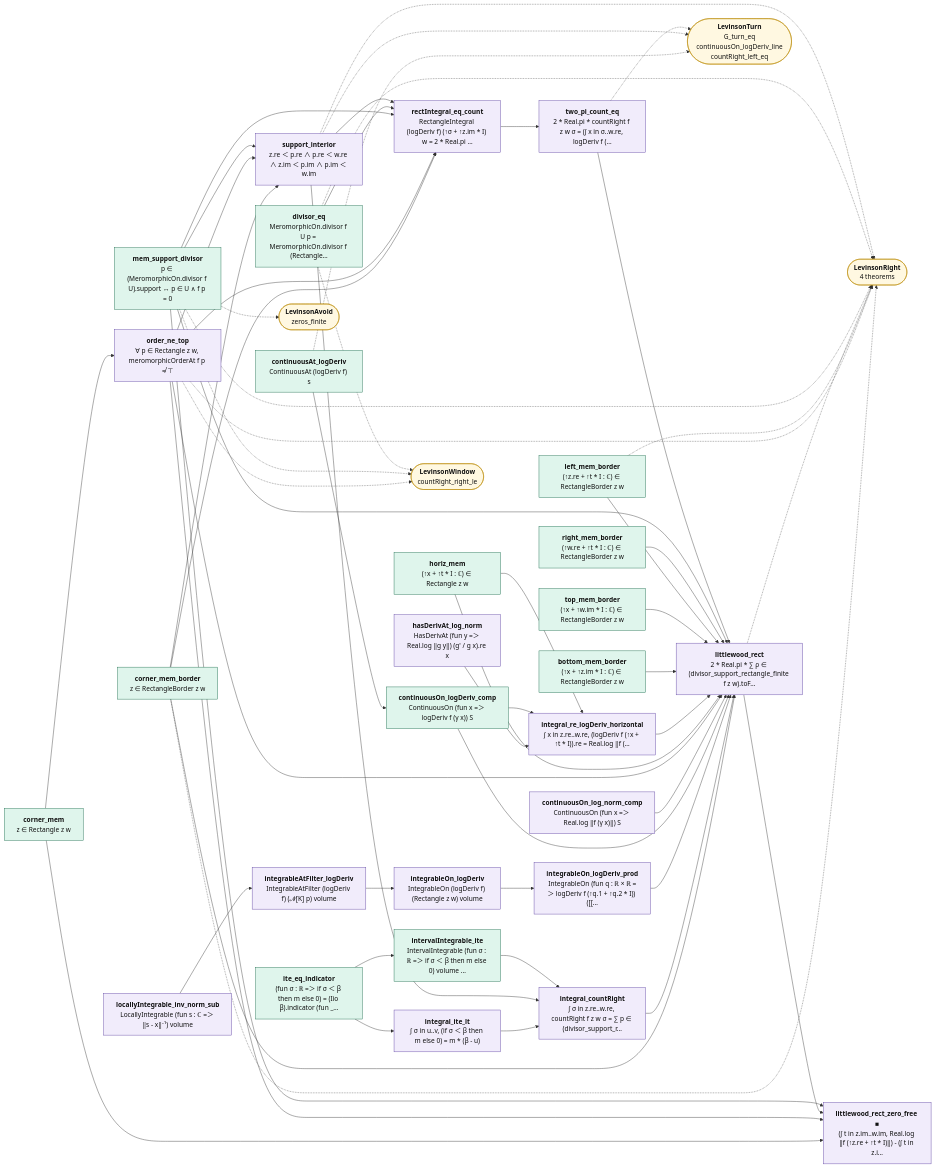
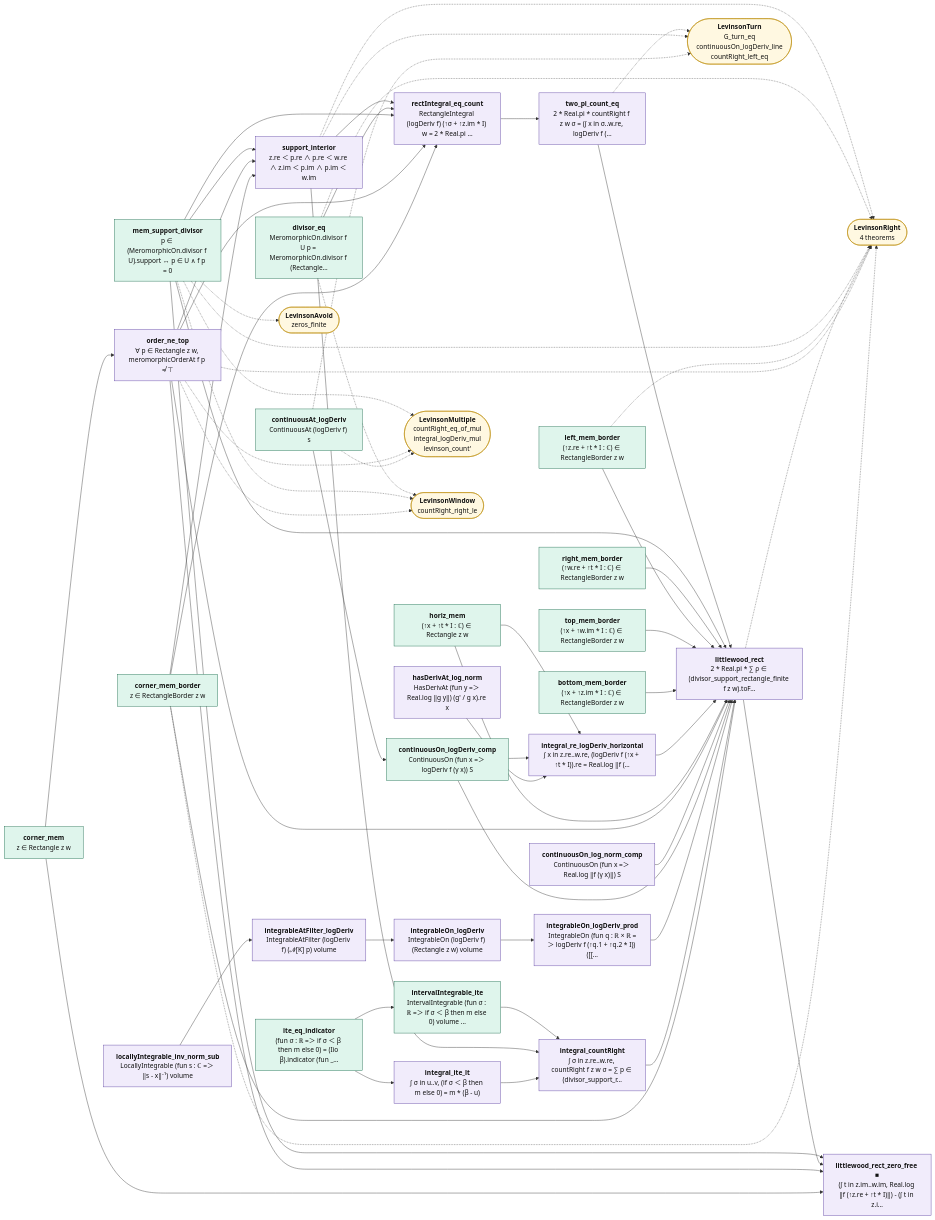
One commit to juliansambranojr/Primebeat_081426 changed the diagram in map/lean_stage3/Littlewood.md. Above: the diagram before and after it, drawn with Mermaid. The commit also changed other lines of this file and 39 other files, not shown here.

```diff
--- a/map/lean_stage3/Littlewood.md
+++ b/map/lean_stage3/Littlewood.md
@@ -42,9 +42,10 @@
   n26["<b>littlewood_rect</b><br/>2 * Real.pi * ∑ ρ ∈ (divisor_support_rectangle_finite f z w).toF…"]:::shp
   n27["<b>littlewood_rect_zero_free ■</b><br/>(∫ t in z.im..w.im, Real.log ‖f (↑z.re + ↑t * I)‖) - (∫ t in z.i…"]:::shp
   x0(["<b>LevinsonRight</b><br/>4 theorems"]):::ext
-  x1(["<b>LevinsonWindow</b><br/>countRight_right_le"]):::ext
-  x2(["<b>LevinsonAvoid</b><br/>zeros_finite"]):::ext
-  x3(["<b>LevinsonTurn</b><br/>G_turn_eq<br/>continuousOn_logDeriv_line<br/>countRight_left_eq"]):::ext
+  x1(["<b>LevinsonMultiple</b><br/>countRight_eq_of_mul<br/>integral_logDeriv_mul<br/>levinson_count'"]):::ext
+  x2(["<b>LevinsonWindow</b><br/>countRight_right_le"]):::ext
+  x3(["<b>LevinsonAvoid</b><br/>zeros_finite"]):::ext
+  x4(["<b>LevinsonTurn</b><br/>G_turn_eq<br/>continuousOn_logDeriv_line<br/>countRight_left_eq"]):::ext
   n0 --> n2
   n0 --> n27
   n1 --> n26
@@ -86,19 +87,22 @@
   n8 --> n9
   n9 --> n11
   n1 -.-> x0
-  n17 -.-> x3
+  n17 -.-> x1
+  n17 -.-> x4
   n2 -.-> x0
   n2 -.-> x1
+  n2 -.-> x2
   n24 -.-> x0
   n26 -.-> x0
   n3 -.-> x0
   n3 -.-> x1
   n3 -.-> x2
+  n3 -.-> x3
   n4 -.-> x0
-  n4 -.-> x1
+  n4 -.-> x2
   n5 -.-> x0
-  n5 -.-> x3
-  n7 -.-> x3
+  n5 -.-> x4
+  n7 -.-> x4
   classDef cnt fill:#dff5ec,stroke:#17694a,color:#111
   classDef shp fill:#f1ecfb,stroke:#5b3fa0,color:#111
   classDef rh fill:#ffe5e5,stroke:#c22,color:#111,stroke-width:2px
```
